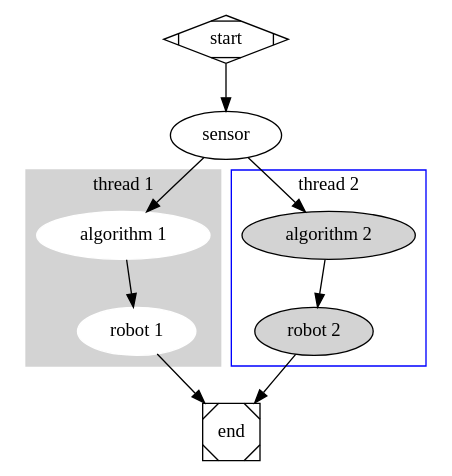
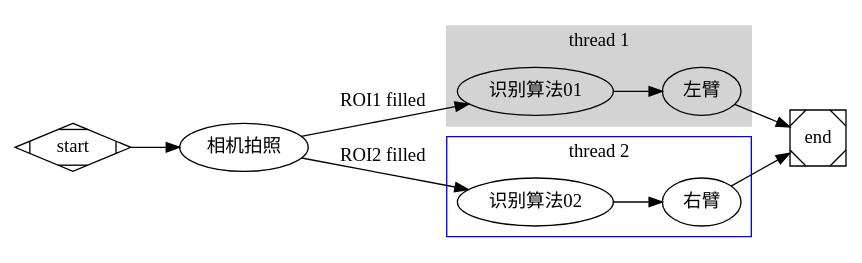
The diagram in 工具使用汇总/写作工具/Graphviz/dot-demo.dot (MagicalBrain/My-note.), drawn with Graphviz before and after one commit. The commit also changed 2 other files, not shown here.

Commit message:
udpate: add graphviz Chinese support

```diff
--- a/工具使用汇总/写作工具/Graphviz/dot-demo.dot
+++ b/工具使用汇总/写作工具/Graphviz/dot-demo.dot
@@ -1,25 +1,36 @@
 digraph G {
+    rankdir="LR";
 
+    node [fontname="SimHei"]
+    
+    sensor [label="相机拍照"]
+    
+    algo01 [label="识别算法01"]
+    algo02 [label="识别算法02"]
+    
+    robot01 [label="左臂"]
+    robot02 [label="右臂"]
+    
     subgraph cluster_0 {
         style=filled;
         color=lightgrey;
         node [style=filled,color=white];
-        "algorithm 1" -> "robot 1";
+        algo01-> robot01;
         label = "thread 1";
     }
 
     subgraph cluster_1 {
         node [style=filled];
-        "algorithm 2" -> "robot 2";
+        algo02 -> robot02;
         label = "thread 2";
         color=blue
     }
     start -> sensor;
-    sensor -> "algorithm 1";
-    sensor -> "algorithm 2";
-    "robot 1" -> end;
-    "robot 2" -> end;
+    sensor -> algo01[label="ROI1 filled"];
+    sensor -> algo02[label="ROI2 filled"];
+    robot01 -> end;
+    robot02 -> end;
 
     start [shape=Mdiamond];
     end [shape=Msquare];
 }
```
